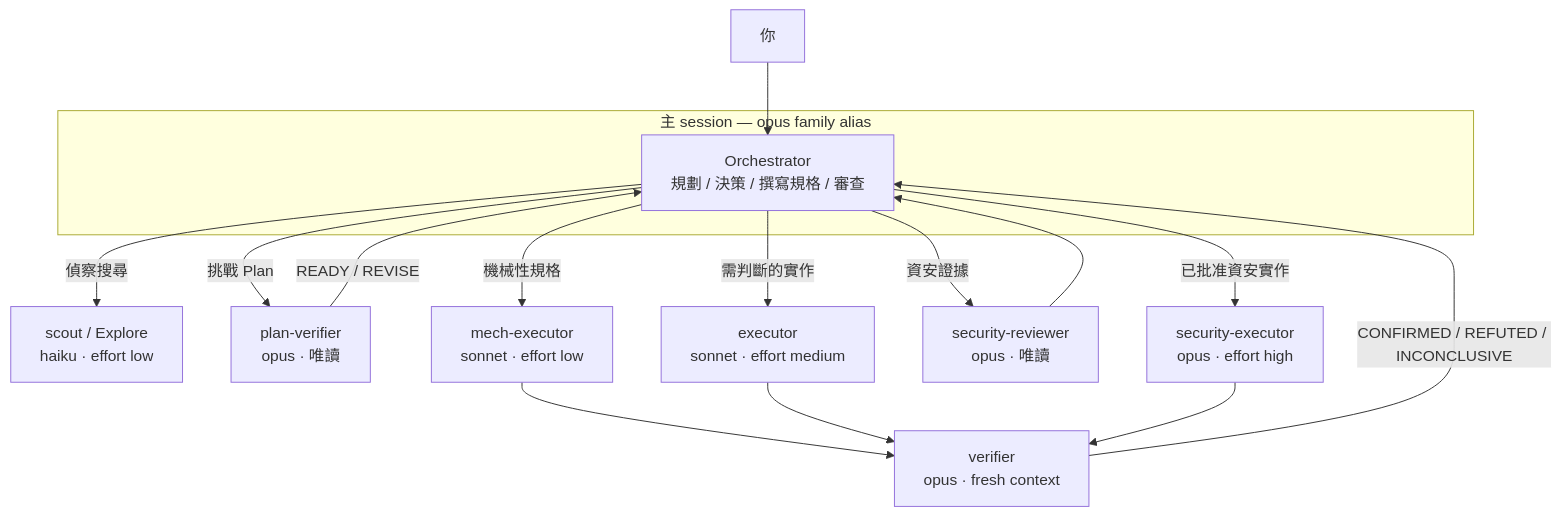
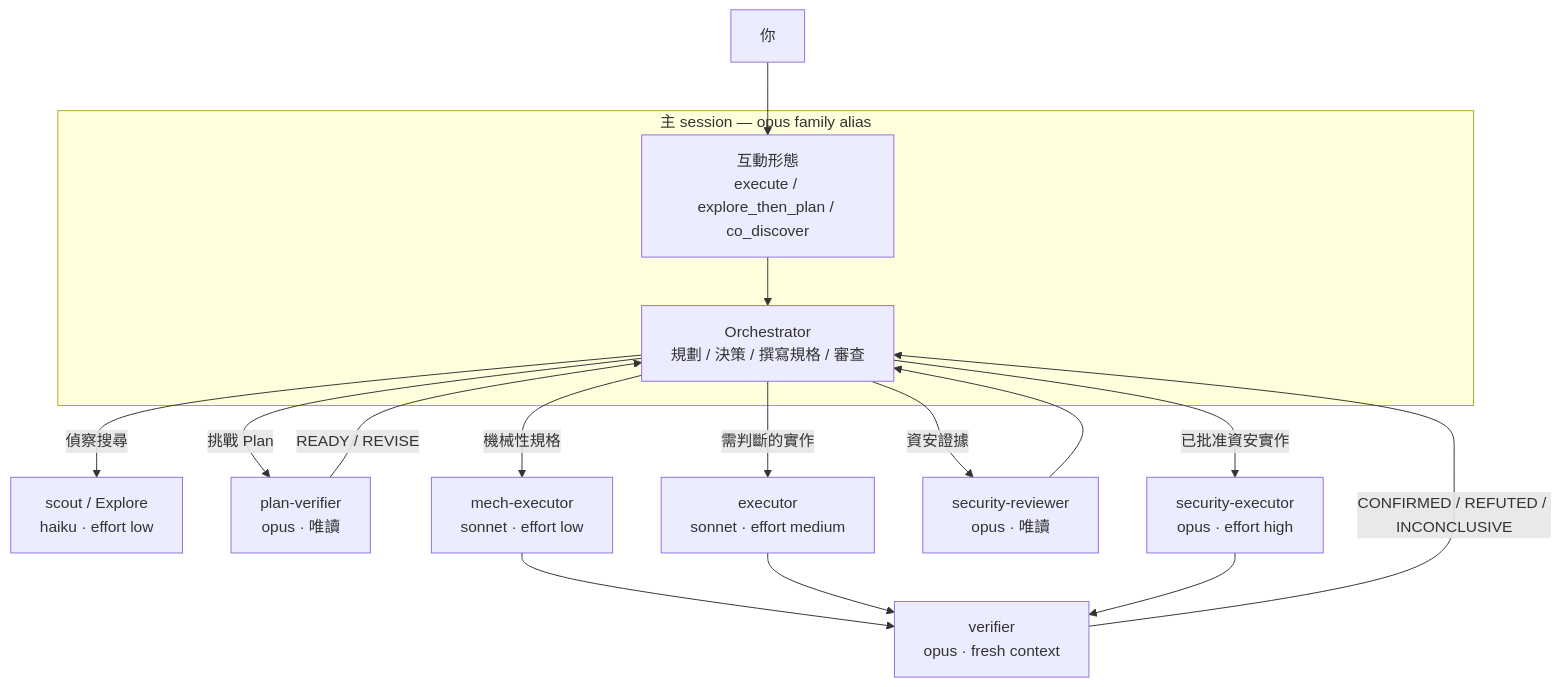
The diagram in README.zh-TW.md (Nanako0129/pilotfish), drawn with Mermaid before and after one commit. The commit also changed other lines of this file and 13 other files, not shown here.

````diff
--- a/README.zh-TW.md
+++ b/README.zh-TW.md
@@ -48,27 +48,30 @@
 ```mermaid
 flowchart TD
-    U["你"] --> O
+    U["你"] --> I
     subgraph MAIN["主 session — opus family alias"]
+        I["互動形態
+execute / explore_then_plan / co_discover"]
+        I --> O
         O["Orchestrator
 規劃 / 決策 / 撰寫規格 / 審查"]
     end
     O -->|偵察搜尋| S["scout / Explore
 haiku · effort low"]
     O -->|挑戰 Plan| PV["plan-verifier
 opus · 唯讀"]
     PV -->|READY / REVISE| O
     O -->|機械性規格| M["mech-executor
 sonnet · effort low"]
     O -->|需判斷的實作| E["executor
 sonnet · effort medium"]
     O -->|資安證據| SR["security-reviewer
 opus · 唯讀"]
     SR --> O
     O -->|已批准資安實作| SEC["security-executor
 opus · effort high"]
     M --> V["verifier
 opus · fresh context"]
     E --> V
     SEC --> V
     V -->|CONFIRMED / REFUTED / INCONCLUSIVE| O
 ```
````
